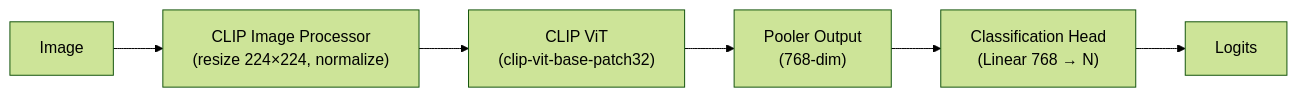
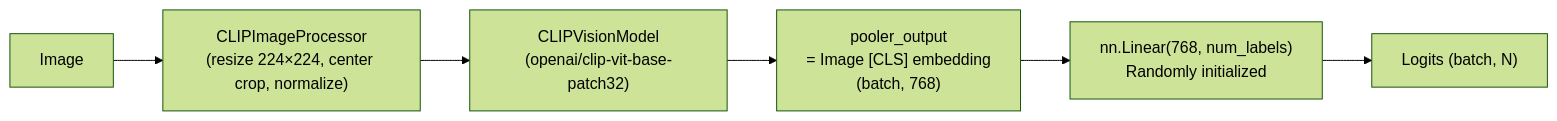
One commit to anhtranst/cotrain_crisisMMD changed the third of 5 diagrams in README.md. Above: the diagram before and after it, drawn with Mermaid (forest theme). The commit also changed other lines of this file and 7 other files, not shown here.

First line of the commit message:
feat: update README with detailed model architecture diagrams and new features

````diff
--- a/README.md
+++ b/README.md
@@ -169,8 +172,8 @@
 ```mermaid
 graph LR
-    IMG["Image"] --> PROC["CLIP Image Processor<br/>(resize 224×224, normalize)"]
-    PROC --> VIT["CLIP ViT<br/>(clip-vit-base-patch32)"]
-    VIT --> POOL["Pooler Output<br/>(768-dim)"]
-    POOL --> HEAD["Classification Head<br/>(Linear 768 → N)"]
-    HEAD --> LOGITS["Logits"]
+    IMG["Image"] --> PROC["CLIPImageProcessor<br/>(resize 224×224, center crop, normalize)"]
+    PROC --> VIT["CLIPVisionModel<br/>(openai/clip-vit-base-patch32)"]
+    VIT --> POOL["pooler_output<br/>= Image [CLS] embedding<br/>(batch, 768)"]
+    POOL --> HEAD["nn.Linear(768, num_labels)<br/>Randomly initialized"]
+    HEAD --> LOGITS["Logits (batch, N)"]
 ```
````
